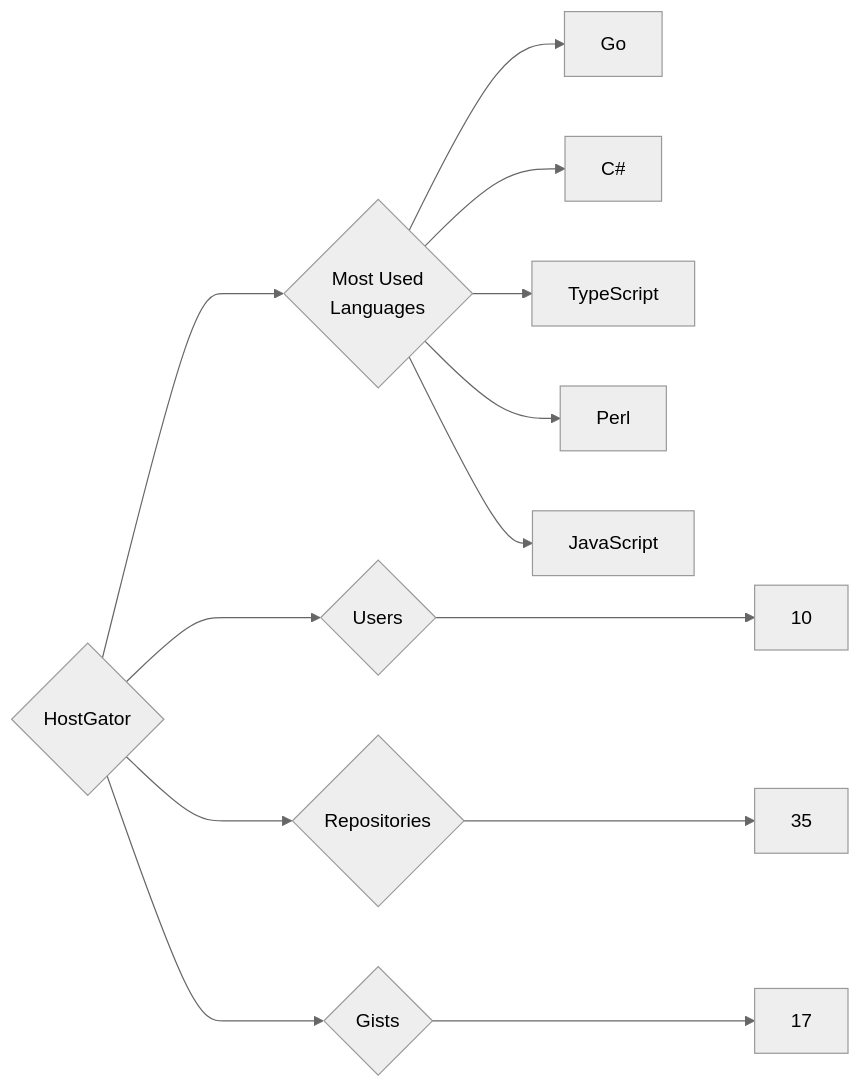
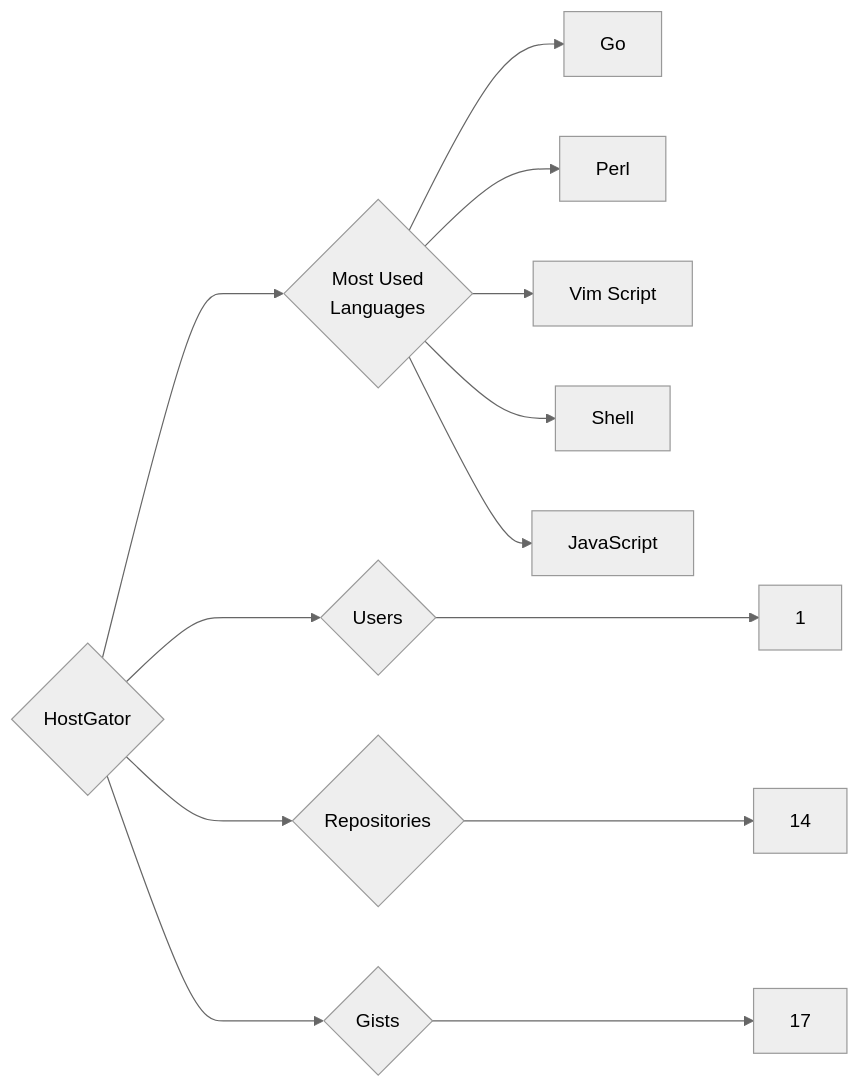
Before and after one commit to trickest/insiders: the diagram in targets/HostGator/README.md, drawn with Mermaid (neutral theme). The commit also changed 688 other files, not shown here.

````diff
--- a/targets/HostGator/README.md
+++ b/targets/HostGator/README.md
@@ -3,13 +3,13 @@
 ```mermaid
 graph LR
 COMPANY_NAME{HostGator}
-COMPANY_NAME ---> U{Users} ---> UN[10]
-COMPANY_NAME ---> R{Repositories} ---> RN[35]
+COMPANY_NAME ---> U{Users} ---> UN[1]
+COMPANY_NAME ---> R{Repositories} ---> RN[14]
 COMPANY_NAME ---> G{Gists} ---> GN[17]
 COMPANY_NAME ---> ML{Most Used<br>Languages}
 ML --> Go[Go]
-ML --> C#[C#]
-ML --> TypeScript[TypeScript]
 ML --> Perl[Perl]
+ML --> Vim_Script[Vim Script]
+ML --> Shell[Shell]
 ML --> JavaScript[JavaScript]
 ```
````
